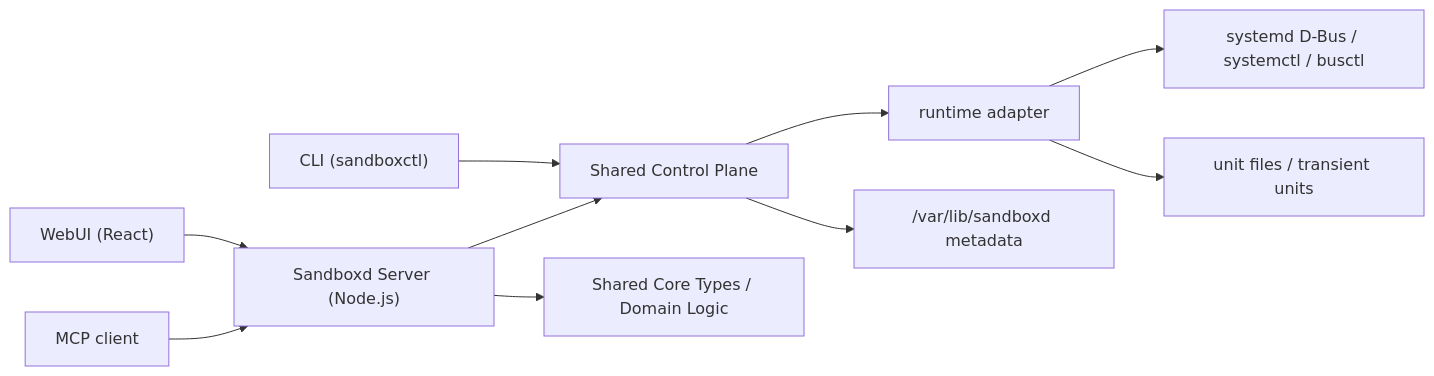
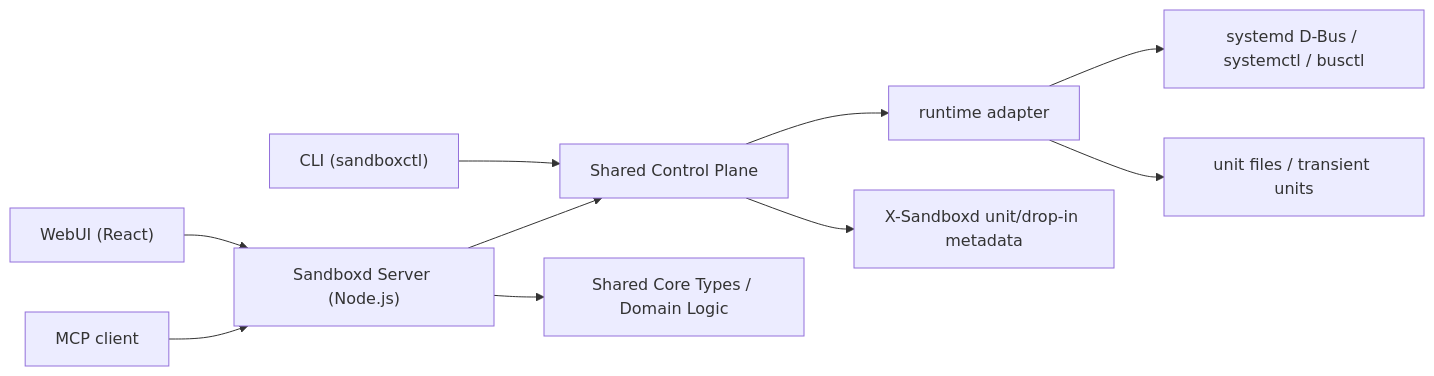
One commit to timzhong1024/sandboxd changed the first of 2 diagrams in README.md. Above: the diagram before and after it, drawn with Mermaid. The commit also changed other lines of this file and 25 other files, not shown here.

````diff
--- a/README.md
+++ b/README.md
@@ -153,12 +153,12 @@
 ```mermaid
 flowchart LR
   W["WebUI (React)"] --> S["Sandboxd Server (Node.js)"]
   C["CLI (sandboxctl)"] --> P
   M["MCP client"] --> S
   S --> P["Shared Control Plane"]
   S --> K["Shared Core Types / Domain Logic"]
   P --> R["runtime adapter"]
   R --> D["systemd D-Bus / systemctl / busctl"]
   R --> U["unit files / transient units"]
-  P --> F["/var/lib/sandboxd metadata"]
+  P --> F["X-Sandboxd unit/drop-in metadata"]
 ```
````
